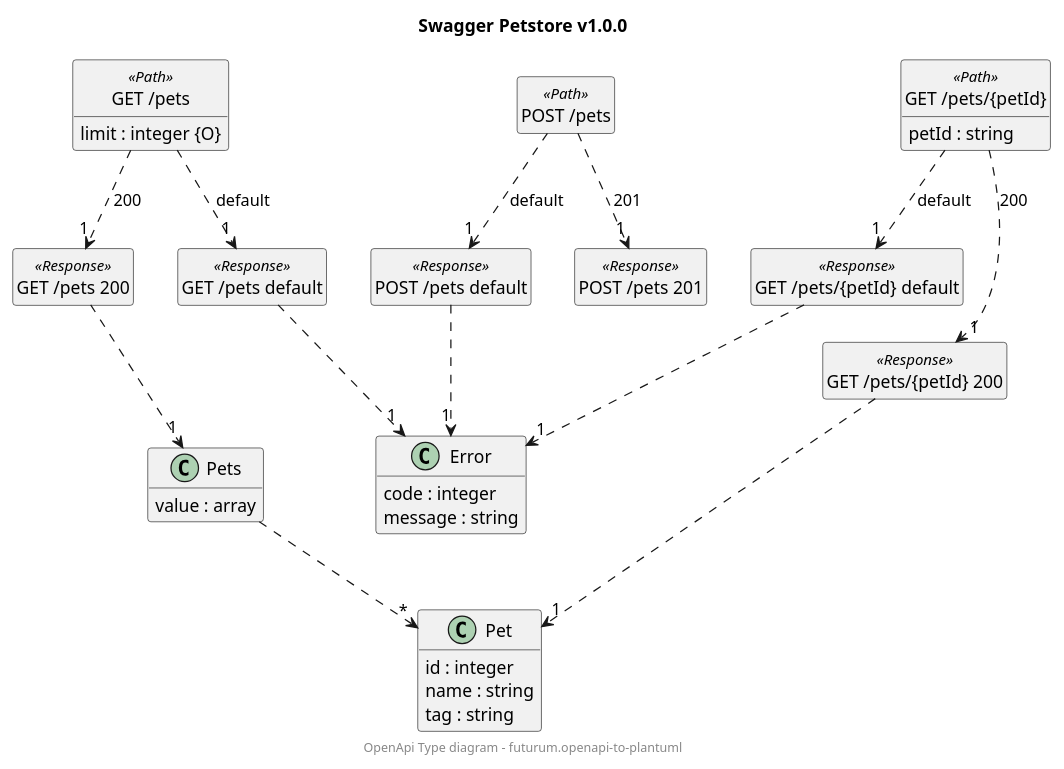
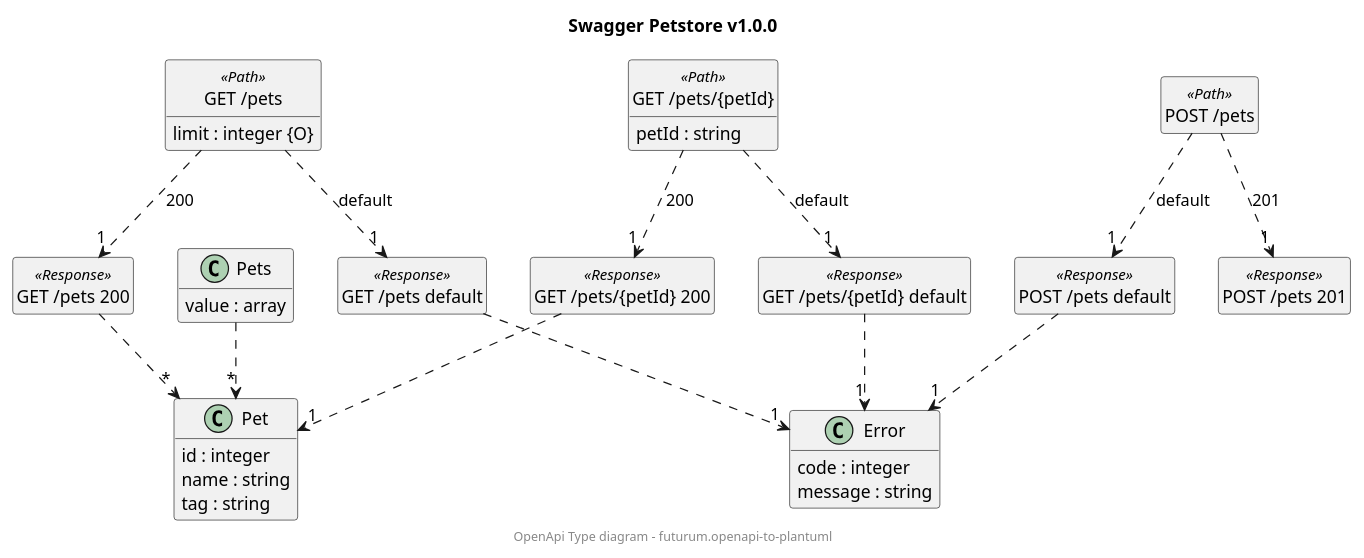
Before and after one commit to futurum-dev/futurum.openapi-to-plantuml: the diagram in openapi/openapi-petstore-simple-openapi-type.puml, drawn with PlantUML. The commit also changed 8 other files, not shown here.

Commit message:
- Change 'ReferenceResolutionSetting' from 'DoNotResolveReferences' to 'ResolveLocalReferences' - Remove 'object' from OpenApiConstants.BuiltInTypes - Fix some 'NRE' - Fix some diagram issues - Add Schema Properties 'AllOf', 'AnyOf' and 'OneOf'

```diff
--- a/openapi/openapi-petstore-simple-openapi-type.puml
+++ b/openapi/openapi-petstore-simple-openapi-type.puml
@@ -1,58 +1,58 @@
 @startuml OpenApi Type diagram
 
 hide <<Path>> circle
 hide <<Response>> circle
 hide <<Parameter>> circle
 hide empty methods
 hide empty fields
 set namespaceSeparator none
 
 title Swagger Petstore v1.0.0
 footer OpenApi Type diagram - futurum.openapi-to-plantuml
 class "GET /pets" <<Path>> {
 {field} limit : integer {O}
 }
 
 class "GET /pets 200" <<Response>> { }
 class "GET /pets default" <<Response>> { }
 class "POST /pets" <<Path>> {
 }
 
 class "POST /pets 201" <<Response>> { }
 class "POST /pets default" <<Response>> { }
 class "GET /pets/{petId}" <<Path>> {
 {field} petId : string
 }
 
 class "GET /pets/{petId} 200" <<Response>> { }
 class "GET /pets/{petId} default" <<Response>> { }
 class "Pet" {
 {field} id : integer
 {field} name : string
 {field} tag : string
 }
 
 class "Pets" {
 {field} value : array
 }
 
 class "Error" {
 {field} code : integer
 {field} message : string
 }
 
 "GET /pets" ..> "1" "GET /pets 200" : "200"
-"GET /pets 200" ..> "1" "Pets"
+"GET /pets 200" ..> "*" "Pet"
 "GET /pets" ..> "1" "GET /pets default" : "default"
 "GET /pets default" ..> "1" "Error"
 "POST /pets" ..> "1" "POST /pets 201" : "201"
 "POST /pets" ..> "1" "POST /pets default" : "default"
 "POST /pets default" ..> "1" "Error"
 "GET /pets/{petId}" ..> "1" "GET /pets/{petId} 200" : "200"
 "GET /pets/{petId} 200" ..> "1" "Pet"
 "GET /pets/{petId}" ..> "1" "GET /pets/{petId} default" : "default"
 "GET /pets/{petId} default" ..> "1" "Error"
 "Pets" ..> "*" "Pet"
 
 
 @enduml
```
